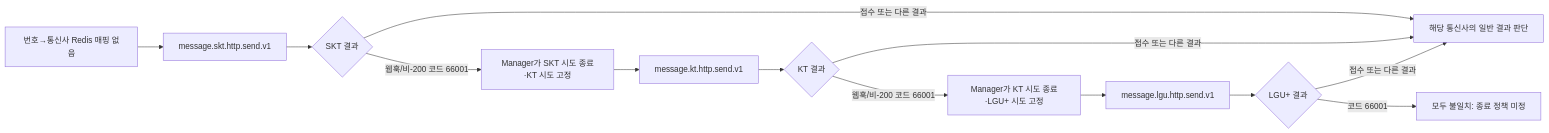
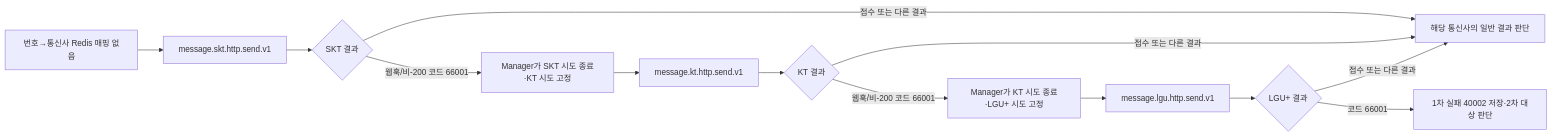
Before and after one commit to hyun-seung/High-throughput-event-platform: the fifth of 10 diagrams in docs/53-신규-메시지-케이스별-Call-Flow.md, drawn with Mermaid. The commit also changed other lines of this file and 5 other files, not shown here.

````diff
--- a/docs/53-신규-메시지-케이스별-Call-Flow.md
+++ b/docs/53-신규-메시지-케이스별-Call-Flow.md
@@ -145,15 +145,15 @@
 ```mermaid
 flowchart LR
     N[번호→통신사 Redis 매핑 없음] --> S[message.skt.http.send.v1]
     S --> R1{SKT 결과}
     R1 -->|웹훅/비-200 코드 66001| M1[Manager가 SKT 시도 종료·KT 시도 고정]
     M1 --> K[message.kt.http.send.v1]
     K --> R2{KT 결과}
     R2 -->|웹훅/비-200 코드 66001| M2[Manager가 KT 시도 종료·LGU+ 시도 고정]
     M2 --> L[message.lgu.http.send.v1]
     L --> R3{LGU+ 결과}
     R1 -->|접수 또는 다른 결과| J[해당 통신사의 일반 결과 판단]
     R2 -->|접수 또는 다른 결과| J
     R3 -->|접수 또는 다른 결과| J
-    R3 -->|코드 66001| U[모두 불일치: 종료 정책 미정]
+    R3 -->|코드 66001| U[1차 실패 40002 저장·2차 대상 판단]
 ```
````
